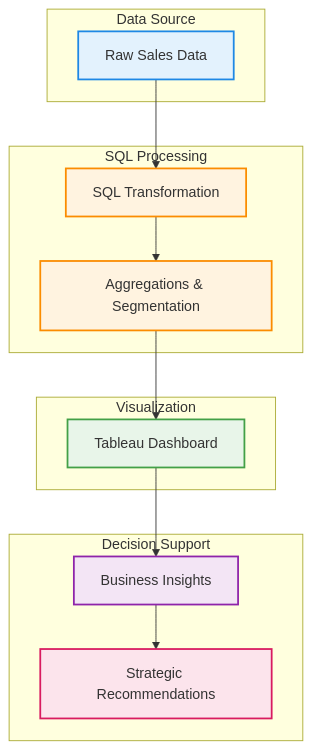
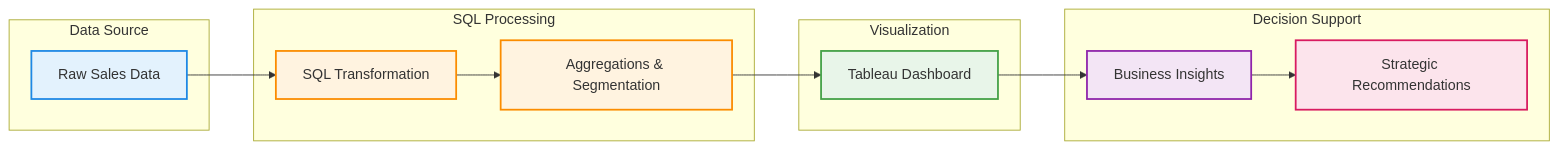
One commit to ductin2197/Global_Retail_Sales_2011_Analysis changed the diagram in README.md. Above: the diagram before and after it, drawn with Mermaid.

Commit message:
README.md

````diff
--- a/README.md
+++ b/README.md
@@ -49,34 +49,34 @@
 ```mermaid
-flowchart TD
+flowchart LR
     subgraph Data_Source [Data Source]
         A[Raw Sales Data]
     end
 
     subgraph Data_Processing [SQL Processing]
         B[SQL Transformation]
         C[Aggregations & Segmentation]
     end
 
     subgraph Visualization [Visualization]
         D[Tableau Dashboard]
     end
 
     subgraph Decision [Decision Support]
         E[Business Insights]
         F[Strategic Recommendations]
     end
 
     A --> B
     B --> C
     C --> D
     D --> E
     E --> F
 
     style A fill:#E3F2FD,stroke:#1E88E5,stroke-width:2px
     style B fill:#FFF3E0,stroke:#FB8C00,stroke-width:2px
     style C fill:#FFF3E0,stroke:#FB8C00,stroke-width:2px
     style D fill:#E8F5E9,stroke:#43A047,stroke-width:2px
     style E fill:#F3E5F5,stroke:#8E24AA,stroke-width:2px
     style F fill:#FCE4EC,stroke:#D81B60,stroke-width:2px
 
 ```
````
